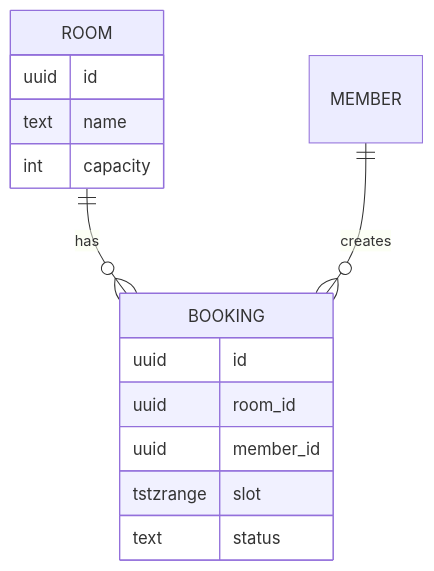
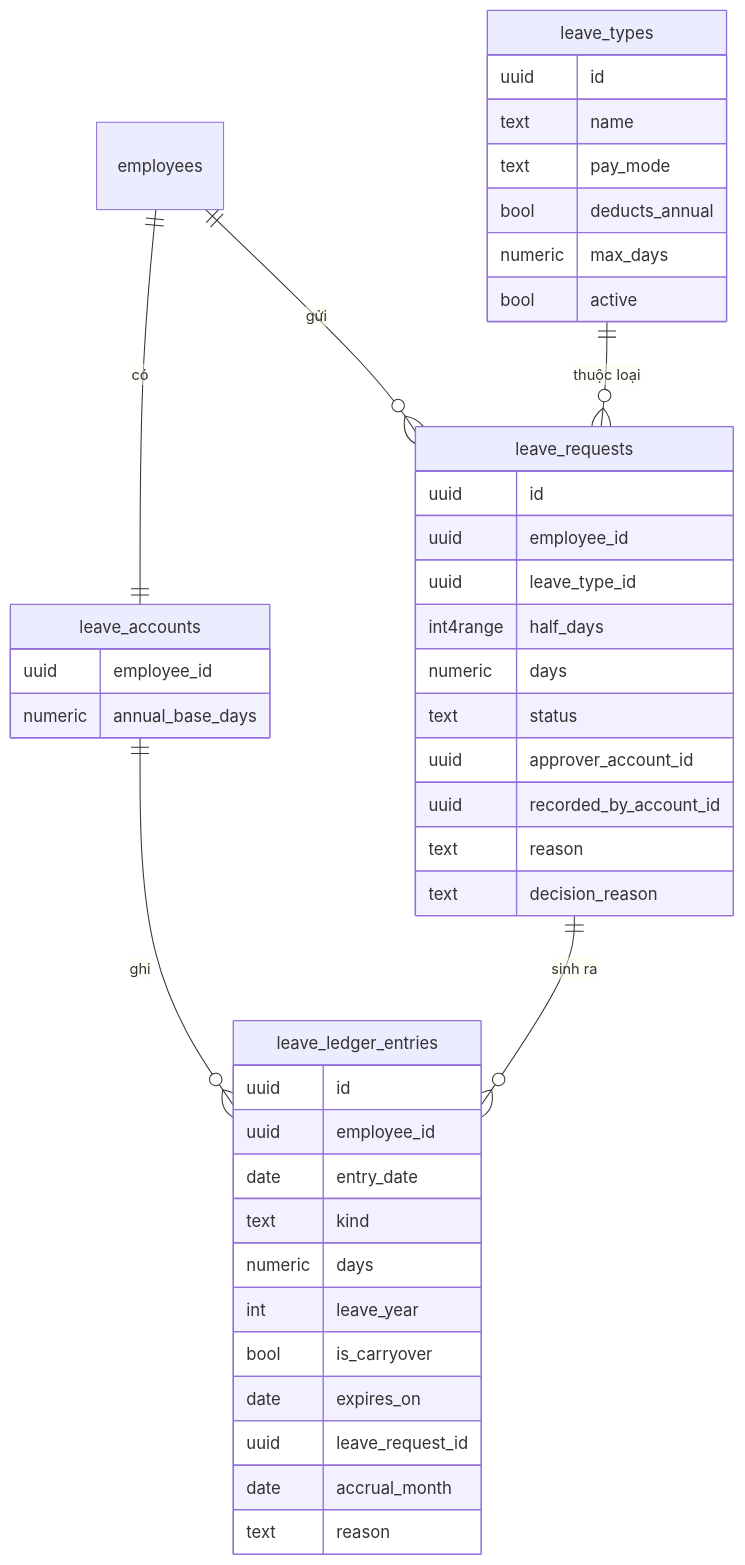
The third of 5 diagrams in docs/design/data.md (pbaodev/hr-manager), drawn with Mermaid before and after one commit. The commit also changed other lines of this file, not shown here.

````diff
--- a/docs/design/data.md
+++ b/docs/design/data.md
@@ -31,17 +171,45 @@
 ```mermaid
 erDiagram
-  ROOM ||--o{ BOOKING : has
-  MEMBER ||--o{ BOOKING : creates
-  ROOM {
+  employees ||--|| leave_accounts : "có"
+  leave_accounts ||--o{ leave_ledger_entries : "ghi"
+  employees ||--o{ leave_requests : "gửi"
+  leave_types ||--o{ leave_requests : "thuộc loại"
+  leave_requests ||--o{ leave_ledger_entries : "sinh ra"
+  leave_accounts {
+    uuid employee_id
+    numeric annual_base_days
+  }
+  leave_ledger_entries {
+    uuid id
+    uuid employee_id
+    date entry_date
+    text kind
+    numeric days
+    int leave_year
+    bool is_carryover
+    date expires_on
+    uuid leave_request_id
+    date accrual_month
+    text reason
+  }
+  leave_types {
     uuid id
     text name
-    int capacity
+    text pay_mode
+    bool deducts_annual
+    numeric max_days
+    bool active
   }
-  BOOKING {
+  leave_requests {
     uuid id
-    uuid room_id
-    uuid member_id
-    tstzrange slot
+    uuid employee_id
+    uuid leave_type_id
+    int4range half_days
+    numeric days
     text status
+    uuid approver_account_id
+    uuid recorded_by_account_id
+    text reason
+    text decision_reason
   }
 ```
````
